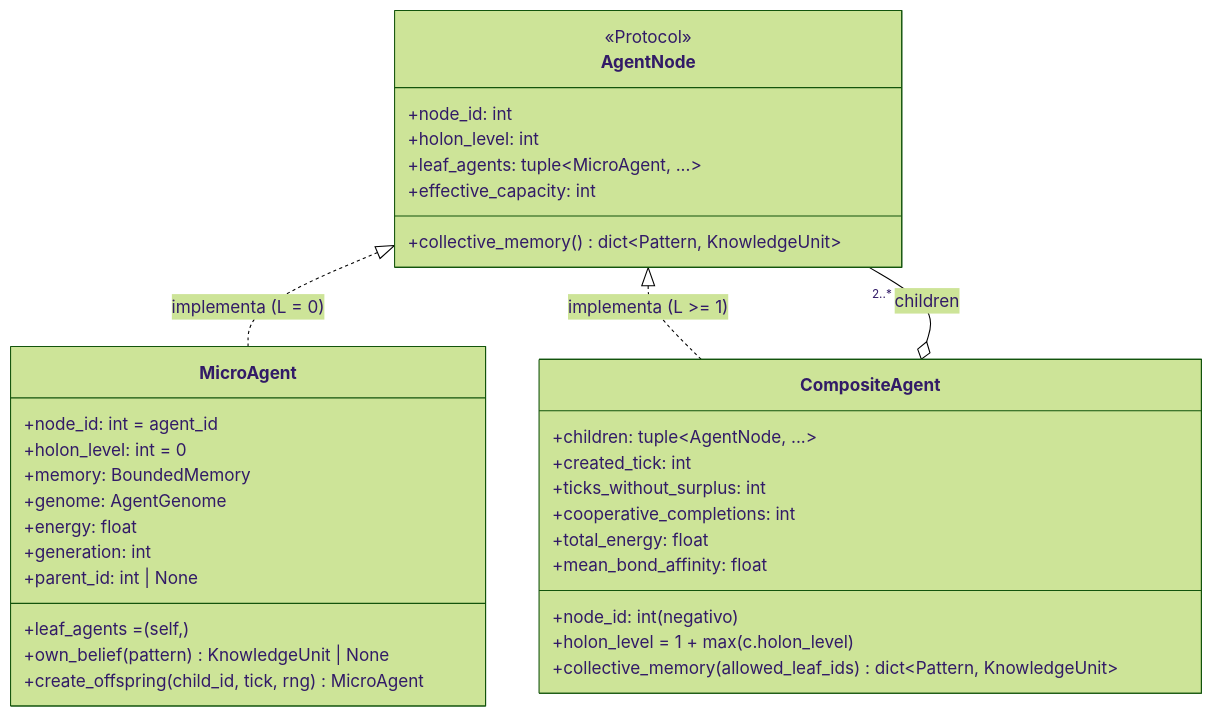
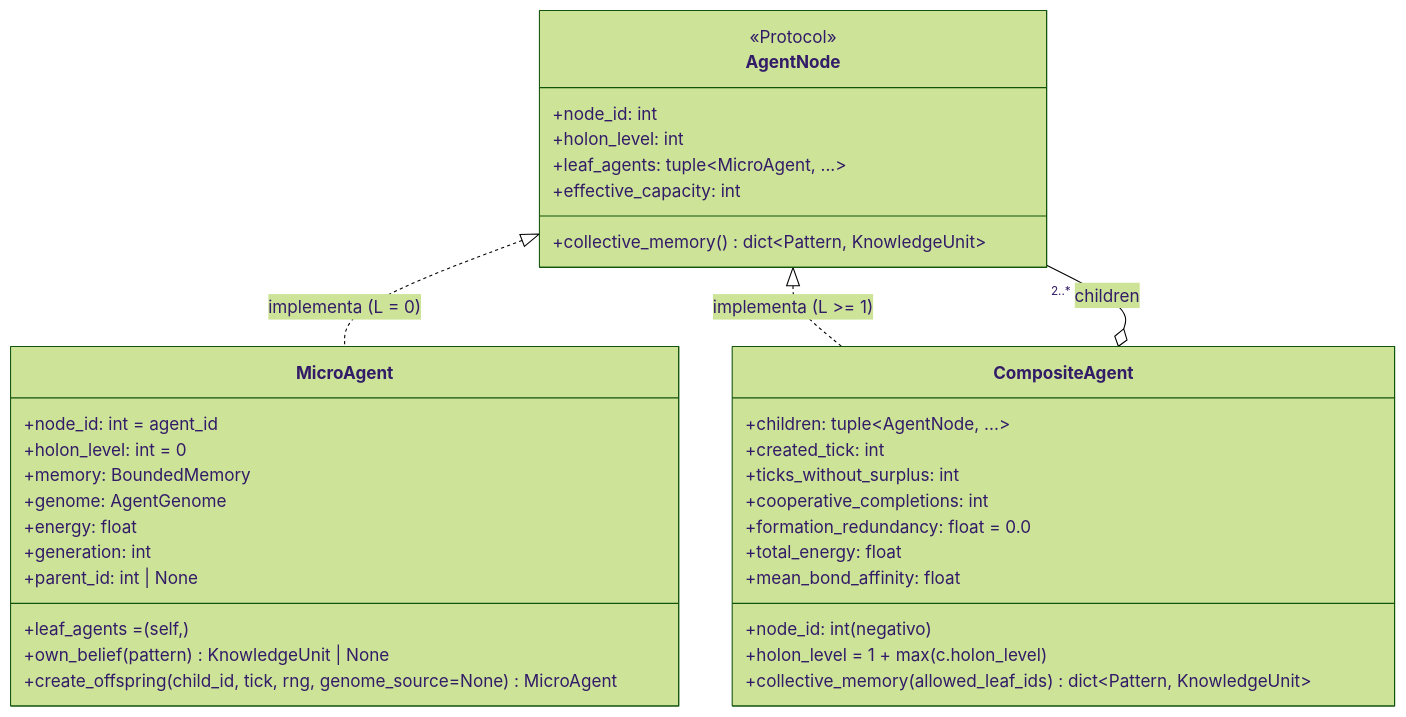
Before and after one commit to Jorge-Guli/IDE: the first of 2 diagrams in DEFINICIONES_TECNICAS.md, drawn with Mermaid (forest theme). The commit also changed other lines of this file and 1 other file, not shown here.

````diff
--- a/DEFINICIONES_TECNICAS.md
+++ b/DEFINICIONES_TECNICAS.md
@@ -276,40 +276,41 @@
 ```mermaid
 classDiagram
     class AgentNode {
         <<Protocol>>
         +node_id: int
         +holon_level: int
         +leaf_agents: tuple~MicroAgent, ...~
         +effective_capacity: int
         +collective_memory() dict~Pattern, KnowledgeUnit~
     }
 
     class MicroAgent {
         +node_id: int = agent_id
         +holon_level: int = 0
         +leaf_agents = (self,)
         +memory: BoundedMemory
         +genome: AgentGenome
         +energy: float
         +generation: int
         +parent_id: int | None
         +own_belief(pattern) KnowledgeUnit | None
-        +create_offspring(child_id, tick, rng) MicroAgent
+        +create_offspring(child_id, tick, rng, genome_source=None) MicroAgent
     }
 
     class CompositeAgent {
         +node_id: int (negativo)
         +children: tuple~AgentNode, ...~
         +created_tick: int
         +ticks_without_surplus: int
         +cooperative_completions: int
+        +formation_redundancy: float = 0.0
         +holon_level = 1 + max(c.holon_level)
         +total_energy: float
         +mean_bond_affinity: float
         +collective_memory(allowed_leaf_ids) dict~Pattern, KnowledgeUnit~
     }
 
     AgentNode <|.. MicroAgent : implementa (L = 0)
     AgentNode <|.. CompositeAgent : implementa (L >= 1)
     CompositeAgent o-- "2..*" AgentNode : children
 ```
````
